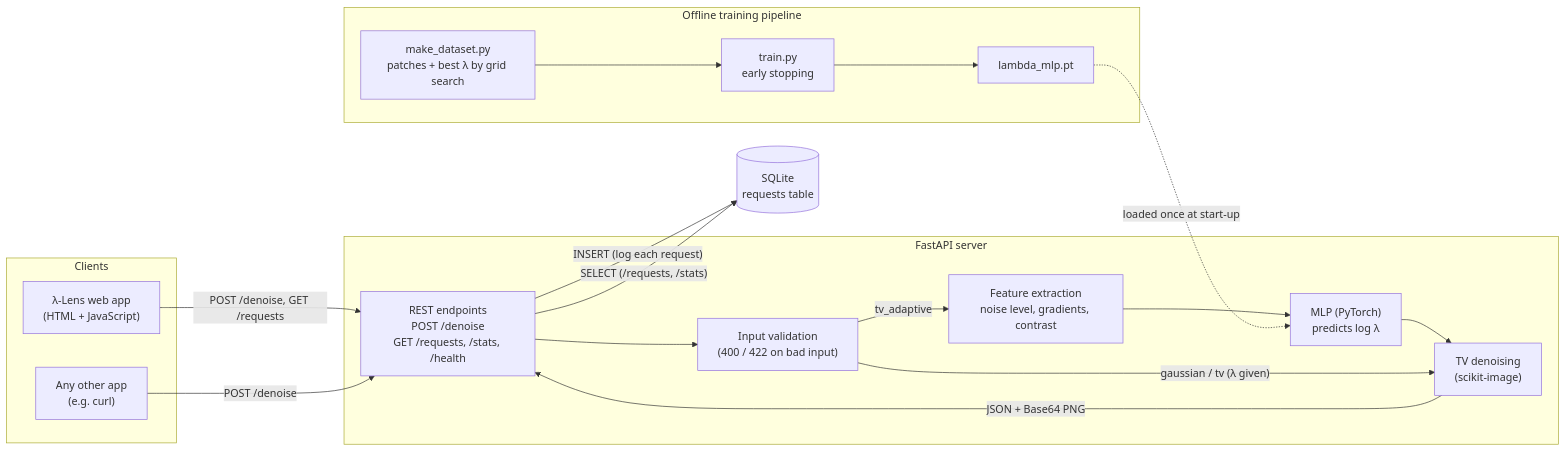
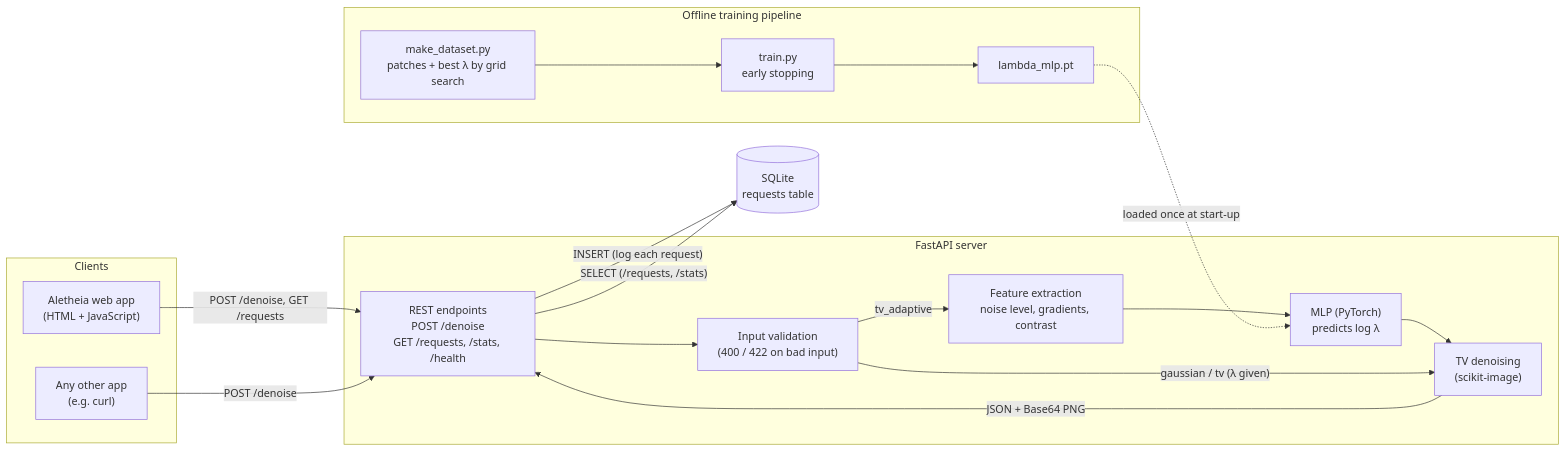
The diagram in README.md (beabrozzi/adaptive-denoise), drawn with Mermaid before and after one commit. The commit also changed other lines of this file and 2 other files, not shown here.

Commit message:
Rename the app to Aletheia

````diff
--- a/README.md
+++ b/README.md
@@ -95,34 +95,34 @@
 ```mermaid
 flowchart LR
     subgraph Clients
-        WEB["λ-Lens web app<br/>(HTML + JavaScript)"]
+        WEB["Aletheia web app<br/>(HTML + JavaScript)"]
         CLI["Any other app<br/>(e.g. curl)"]
     end
 
     subgraph Server["FastAPI server"]
         API["REST endpoints<br/>POST /denoise<br/>GET /requests, /stats, /health"]
         VAL["Input validation<br/>(400 / 422 on bad input)"]
         FEAT["Feature extraction<br/>noise level, gradients, contrast"]
         MLP["MLP (PyTorch)<br/>predicts log λ"]
         TV["TV denoising<br/>(scikit-image)"]
     end
 
     DB[("SQLite<br/>requests table")]
 
     subgraph Offline["Offline training pipeline"]
         DATA["make_dataset.py<br/>patches + best λ by grid search"]
         TRAIN["train.py<br/>early stopping"]
         MODEL["lambda_mlp.pt"]
     end
 
     WEB -- "POST /denoise, GET /requests" --> API
     CLI -- "POST /denoise" --> API
     API --> VAL
     VAL -- "tv_adaptive" --> FEAT --> MLP --> TV
     VAL -- "gaussian / tv (λ given)" --> TV
     TV -- "JSON + Base64 PNG" --> API
     API -- "INSERT (log each request)" --> DB
     API -- "SELECT (/requests, /stats)" --> DB
     DATA --> TRAIN --> MODEL
     MODEL -. "loaded once at start-up" .-> MLP
 ```
````
